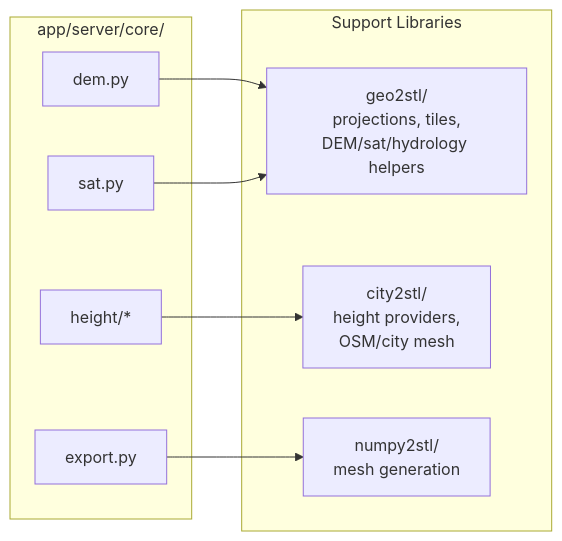
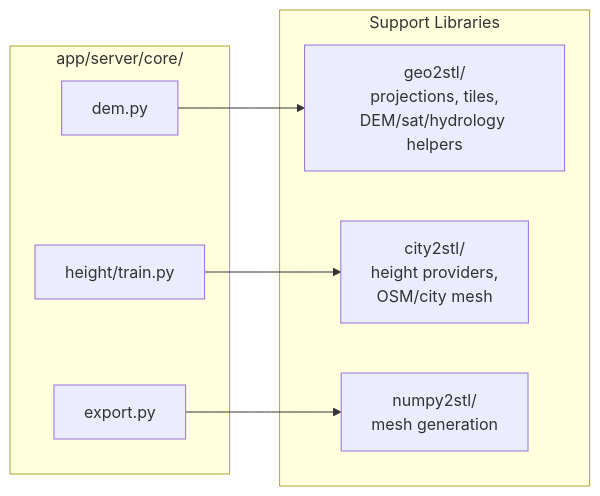
One commit to EdgarCardenasDeLaHoz/map2stl changed the diagram in docs/reference/libraries.md. Above: the diagram before and after it, drawn with Mermaid. The commit also changed other lines of this file and 6 other files, not shown here.

````diff
--- a/docs/reference/libraries.md
+++ b/docs/reference/libraries.md
@@ -13,20 +13,18 @@
 ```mermaid
 flowchart LR
     subgraph Server ["app/server/core/"]
         DEM["dem.py"]
-        SAT["sat.py"]
         EXP["export.py"]
-        HEIGHT["height/*"]
+        HEIGHT["height/train.py"]
     end
 
     subgraph Libs ["Support Libraries"]
         GEO["geo2stl/<br/>projections, tiles,<br/>DEM/sat/hydrology helpers"]
         CITY["city2stl/<br/>height providers,<br/>OSM/city mesh"]
         NUMPY["numpy2stl/<br/>mesh generation"]
     end
 
     DEM --> GEO
-    SAT --> GEO
     HEIGHT --> CITY
     EXP --> NUMPY
 ```
````
